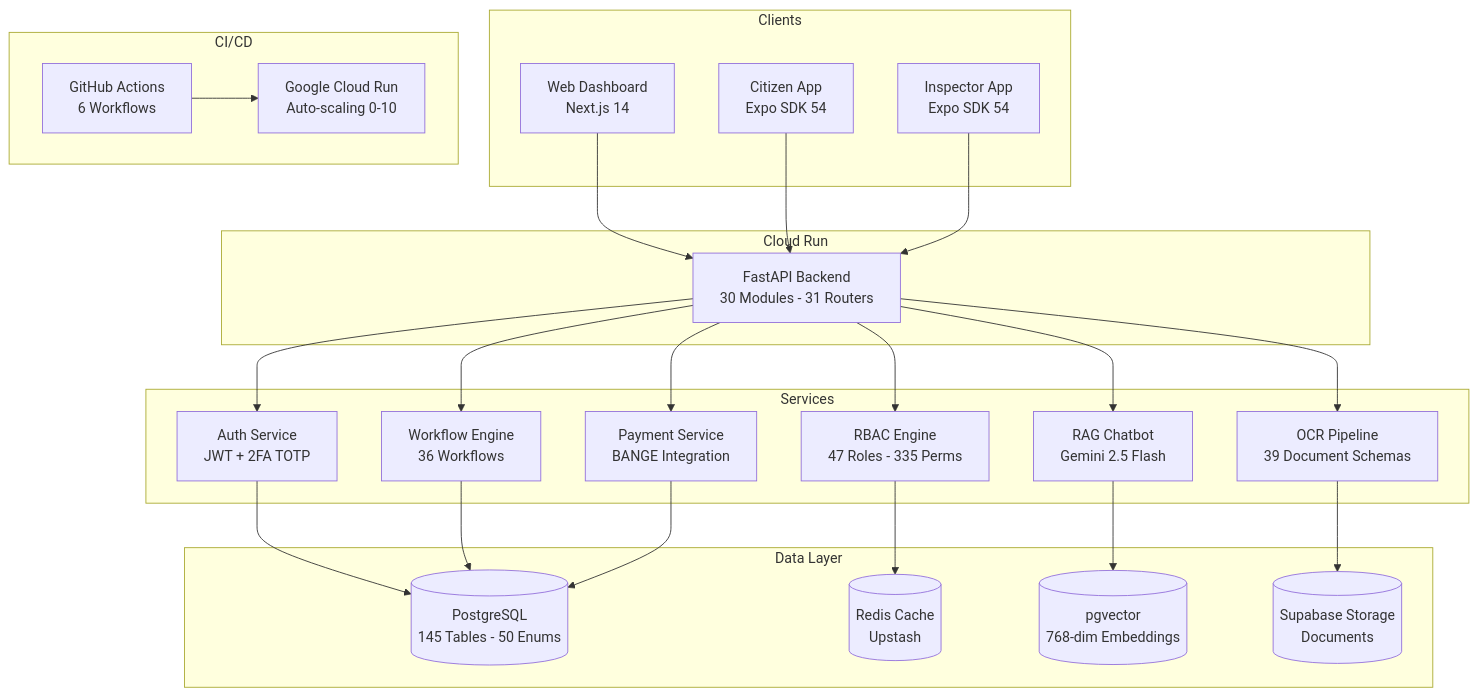
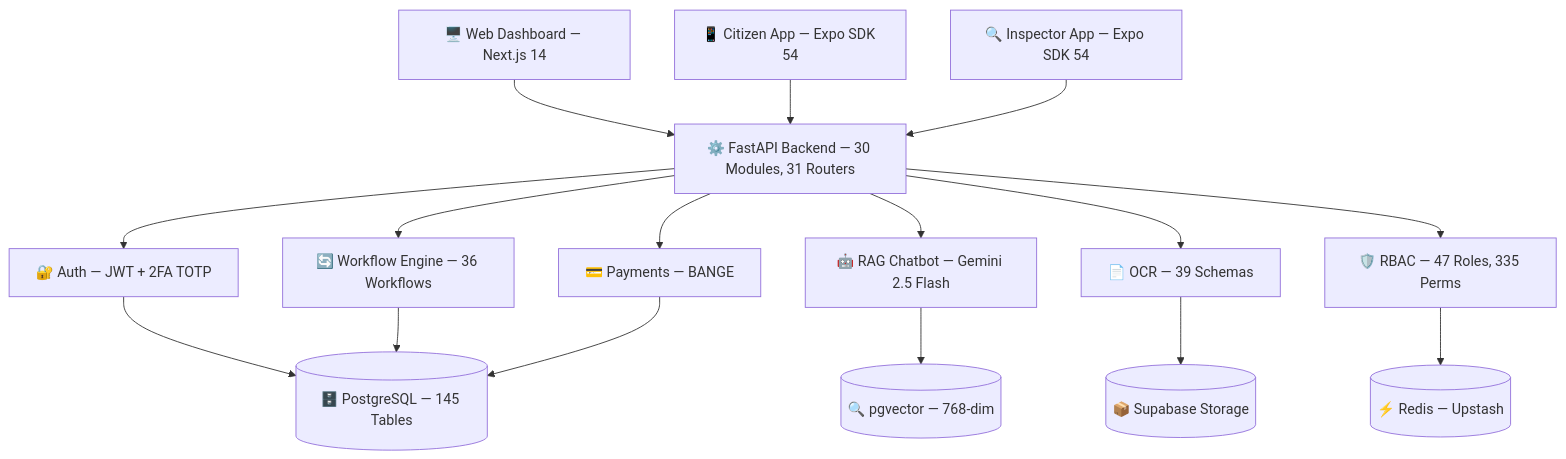
Before and after one commit to KouemouSah/taxasge: the first of 7 diagrams in README.md, drawn with Mermaid. The commit also changed other lines of this file and 3 other files, not shown here.

````diff
--- a/README.md
+++ b/README.md
@@ -98,41 +110,22 @@
 ```mermaid
 graph TB
-    subgraph Clients
-        WEB[Web Dashboard<br>Next.js 14]
-        MOB[Citizen App<br>Expo SDK 54]
-        INS[Inspector App<br>Expo SDK 54]
-    end
+    WEB["🖥️ Web Dashboard — Next.js 14"] --> API
+    MOB["📱 Citizen App — Expo SDK 54"] --> API
+    INS["🔍 Inspector App — Expo SDK 54"] --> API
 
-    subgraph Cloud Run
-        API[FastAPI Backend<br>30 Modules - 31 Routers]
-    end
+    API["⚙️ FastAPI Backend — 30 Modules, 31 Routers"]
 
-    subgraph Services
-        AUTH[Auth Service<br>JWT + 2FA TOTP]
-        WF[Workflow Engine<br>36 Workflows]
-        PAY[Payment Service<br>BANGE Integration]
-        CHAT[RAG Chatbot<br>Gemini 2.5 Flash]
-        OCR[OCR Pipeline<br>39 Document Schemas]
-        RBAC[RBAC Engine<br>47 Roles - 335 Perms]
-    end
+    API --> AUTH["🔐 Auth — JWT + 2FA TOTP"]
+    API --> WF["🔄 Workflow Engine — 36 Workflows"]
+    API --> PAY["💳 Payments — BANGE"]
+    API --> CHAT["🤖 RAG Chatbot — Gemini 2.5 Flash"]
+    API --> OCRS["📄 OCR — 39 Schemas"]
+    API --> RBAC["🛡️ RBAC — 47 Roles, 335 Perms"]
 
-    subgraph Data Layer
-        PG[(PostgreSQL<br>145 Tables - 50 Enums)]
-        REDIS[(Redis Cache<br>Upstash)]
-        VEC[(pgvector<br>768-dim Embeddings)]
-        STORE[(Supabase Storage<br>Documents)]
-    end
-
-    subgraph CI/CD
-        GHA[GitHub Actions<br>6 Workflows]
-        CR[Google Cloud Run<br>Auto-scaling 0-10]
-    end
-
-    WEB & MOB & INS --> API
-    API --> AUTH & WF & PAY & CHAT & OCR & RBAC
-    AUTH & WF & PAY --> PG
-    CHAT --> VEC
-    RBAC --> REDIS
-    OCR --> STORE
-    GHA --> CR
+    AUTH --> PG[("🗄️ PostgreSQL — 145 Tables")]
+    WF --> PG
+    PAY --> PG
+    CHAT --> VEC[("🔍 pgvector — 768-dim")]
+    RBAC --> REDIS[("⚡ Redis — Upstash")]
+    OCRS --> STORE[("📦 Supabase Storage")]
 ```
````
